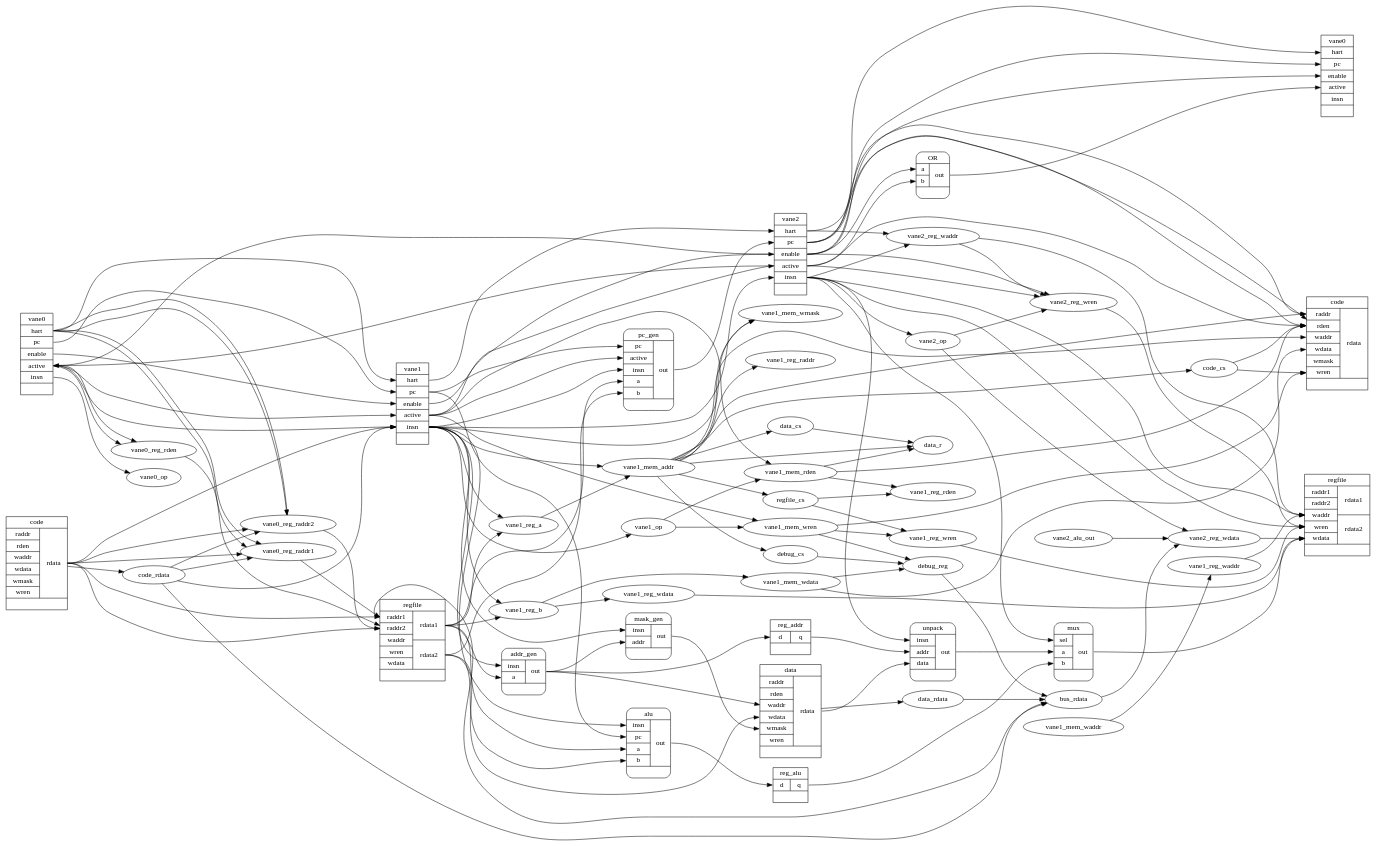
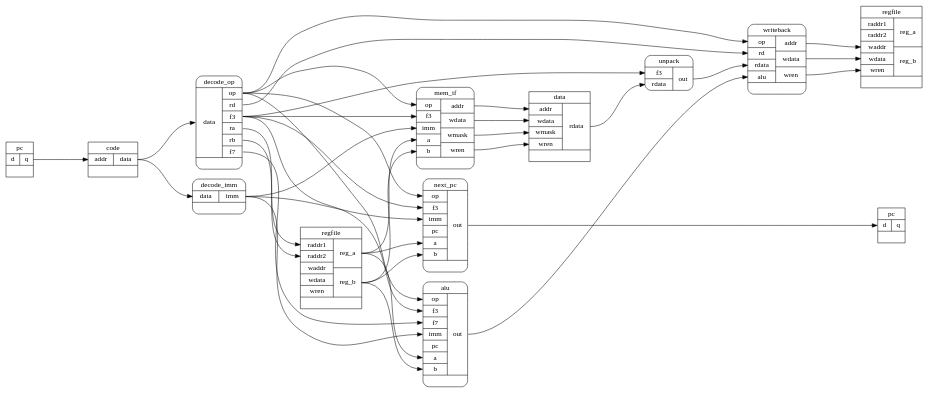
Before and after one commit to aappleby/pinwheel: the diagram in pinwheel_diagram.dot, drawn with Graphviz. The commit also changed 2 other files, not shown here.

Commit message:
graph and code match

```diff
--- a/pinwheel_diagram.dot
+++ b/pinwheel_diagram.dot
@@ -1,259 +1,203 @@
 digraph G {
     rankdir="LR"
-    ranksep=1.2
+    ranksep=1.5
+
+    // Fetch, Decode, Execute, Memory, Write
+
+    pc_l [shape="record" label="<top>pc|{<d>d|<q>q}|"]
+    pc_r [shape="record" label="<top>pc|{<d>d|<q>q}|"]
+    code [shape="record" label="<top>code|{<addr>addr|<data>data}|"]
+    data [shape="record" label="<top>data|{{<addr>addr|<wdata>wdata|<wmask>wmask|<wren>wren}|<rdata>rdata}|"]
+
+    alu      [shape="Mrecord" label="alu|{{<op>op|<f3>f3|<f7>f7|<imm>imm|<pc>pc|<a>a|<b>b}|<out>out}|"]
+    next_pc  [shape="Mrecord" label="<top>next_pc|{ {<op>op|<f3>f3|<imm>imm|<pc>pc|<a>a|<b>b} | <out>out }|"]
+    mem_if   [shape="Mrecord" label="<top>mem_if|{{<op>op|<f3>f3|<imm>imm|<a>a|<b>b}|{<addr>addr|<wdata>wdata|<wmask>wmask|<wren>wren}}|"]
+
+    writeback [shape="Mrecord" label="<top>writeback|{{<op>op|<rd>rd|<rdata>rdata|<alu>alu}|{<addr>addr|<wdata>wdata|<wren>wren}}|"]
+
+    unpack [shape="Mrecord" label="<top>unpack|{{<f3>f3|<rdata>rdata}|{<out>out}}"]
+
+    decode_op [shape="Mrecord" label="<top>decode_op|{{<data>data}|{<op>op|<rd>rd|<f3>f3|<ra>ra|<rb>rb|<f7>f7}}|"]
+
+    decode_imm [shape="Mrecord" label="<top>decode_imm|{{<data>data}|{<imm>imm}}|"]
+
+    regfile_l [shape="record" label="<top>regfile|{{<raddr1>raddr1|<raddr2>raddr2|<waddr>waddr|<wdata>wdata|<wren>wren}|{<reg_a>reg_a|<reg_b>reg_b}}|"];
+    regfile_r [shape="record" label="<top>regfile|{{<raddr1>raddr1|<raddr2>raddr2|<waddr>waddr|<wdata>wdata|<wren>wren}|{<reg_a>reg_a|<reg_b>reg_b}}|"];
 
     rank="same" {
-        vane0
-        code_l
+        regfile_r
+        pc_r
     }
 
     rank="same" {
-        vane1
-        regfile_l
+        decode_op
+        decode_imm
+    }
+
+    code:data -> decode_op:data
+    code:data -> decode_imm:data
+
+
+    pc_l:q -> code:addr
+
+    next_pc:out -> pc_r:d
+
+    decode_op:op -> writeback:op
+    decode_op:op -> next_pc:op
+    decode_op:op -> alu:op
+    decode_op:op -> mem_if:op
+    decode_op:rd -> writeback:rd
+    decode_op:f3 -> mem_if:f3
+    decode_op:f3 -> next_pc:f3
+    decode_op:f3 -> alu:f3
+    decode_op:f3 -> unpack:f3
+    decode_op:ra -> regfile_l:raddr1
+    decode_op:rb -> regfile_l:raddr2
+    decode_op:f7 -> alu:f7
+
+    decode_imm:imm    -> mem_if:imm
+    decode_imm:imm    -> alu:imm
+    decode_imm:imm    -> next_pc:imm
+
+    writeback:addr  -> regfile_r:waddr
+    writeback:wdata -> regfile_r:wdata
+    writeback:wren  -> regfile_r:wren
+
+    mem_if:addr  -> data:addr
+    mem_if:wdata -> data:wdata
+    mem_if:wmask -> data:wmask
+    mem_if:wren  -> data:wren
+
+    data:rdata -> unpack:rdata
+
+    unpack:out -> writeback:rdata
+
+    regfile_l:reg_a -> alu:a
+    regfile_l:reg_b -> alu:b
+
+    regfile_l:reg_a -> mem_if:a
+    regfile_l:reg_b -> mem_if:b
+    regfile_l:reg_a -> next_pc:a
+    regfile_l:reg_b -> next_pc:b
+
+    alu:out -> writeback:alu
+
+
+    /*
+    rank="same" {
+        pc_1
+        code_1
+        insn_1
+        alu_out_1
+        data_1
+        //regfile_1
     }
 
     rank="same" {
-        vane2
-        reg_alu
-        reg_addr
-        data
+        pc_2
+        insn_2
+        //alu_out_2
+        //code_2
+        //data_2
+        regfile_2
     }
 
     rank="same" {
-        vane3
-        regfile_r
-        code_r
-    }
-
-    rank="same" {
-        addr_gen
+        pc_3
+        insn_3
+        alu_out_3
+        code_3
+        data_3
+        //regfile_3
     }
 
     rank="same" {
         alu
-        mask_gen
         pc_gen
+        addr_gen
     }
 
     //----------
 
-    vane0 [shape="record" label="<top>vane0|<hart>hart|<pc>pc|<enable>enable|<active>active|<insn>insn|"]
+    pc_1 [shape="record" label="<top>pc_1|{<d>d|<q>q}|"]
+    pc_2 [shape="record" label="<top>pc_2|{<d>d|<q>q}|"]
+    pc_3 [shape="record" label="<top>pc_3|{<d>d|<q>q}|"]
 
-    vane0:hart   -> vane1:hart
-    vane0:pc     -> vane1:pc
-    vane0:enable -> vane1:enable
-    vane0:active -> vane1:active
+    insn_1 [shape="record" label="<top>insn_1|{<d>d|<q>q}|"]
+    insn_2 [shape="record" label="<top>insn_2|{<d>d|<q>q}|"]
+    insn_3 [shape="record" label="<top>insn_3|{<d>d|<q>q}|"]
+
+    alu_out_1 [shape="record" label="<top>alu_out_1|{<d>d|<q>q}|"]
+    //alu_out_2 [shape="record" label="<top>alu_out_2|{<d>d|<q>q}|"]
+    alu_out_3 [shape="record" label="<top>alu_out_3|{<d>d|<q>q}|"]
+
+    code_1 [shape="record" label="<top>code_1|{<raddr>raddr|<rdata>rdata}|"]
+    //code_2 [shape="record" label="<top>code_2|{<raddr>raddr|<rdata>rdata}|"]
+    code_3 [shape="record" label="<top>code_3|{<raddr>raddr|<rdata>rdata}|"]
+
+    data_1 [shape="record" label="<top>data_1|{{<addr>addr|<wdata>wdata|<wren>wren}|<rdata>rdata}|"]
+    //data_2 [shape="record" label="<top>data_2|{{<addr>addr|<wdata>wdata|<wren>wren}|<rdata>rdata}|"]
+    data_3 [shape="record" label="<top>data_3|{{<addr>addr|<wdata>wdata|<wren>wren}|<rdata>rdata}|"]
+
+    //regfile_1 [shape="record" label="<top>regfile_1|{{<raddr1>raddr1|<raddr2>raddr2|<waddr>waddr|<wdata>wdata|<wren>wren}|{<rdata1>rdata1|<rdata2>rdata2}}|"];
+    regfile_2 [shape="record" label="<top>regfile_2|{{<raddr1>raddr1|<raddr2>raddr2|<waddr>waddr|<wdata>wdata|<wren>wren}|{<rdata1>rdata1|<rdata2>rdata2}}|"];
+    //regfile_3 [shape="record" label="<top>regfile_3|{{<raddr1>raddr1|<raddr2>raddr2|<waddr>waddr|<wdata>wdata|<wren>wren}|{<rdata1>rdata1|<rdata2>rdata2}}|"];
+
+
+    alu      [shape="Mrecord" label="alu|{{<insn>insn|<pc>pc|<a>a|<b>b}|<out>out}|"]
+    pc_gen   [shape="Mrecord" label="<top>pc_gen|{ {<insn>insn|<pc>pc|<a>a|<b>b} | <out>out }|"]
+    addr_gen [shape="Mrecord" label="<top>addr_gen|{{<insn>insn|<a>a|<b>b}|{<addr>addr|<wdata>wdata|<wren>wren}}|"]
+
+    writeback [shape="Mrecord" label="<top>writeback|{{<insn>insn|<alu>alu|<data>data}|{<addr>addr|<wdata>wdata|<wren>wren}}|"]
+
+    decode1 [shape="Mrecord" label="<top>decode|{{<insn>insn}|{<ra>ra|<rb>rb}}|"]
+
+    decode2 [shape="Mrecord" label="<top>decode|{{<insn>insn}|{<alu_op>alu_op|<branch>branch|<mode>mode}}|"]
 
     //----------
 
-    vane1 [shape="record" label="<top>vane1|<hart>hart|<pc>pc|<enable>enable|<active>active|<insn>insn|"]
-
-    vane1:hart   -> vane2:hart
-    vane1:pc     -> alu:pc
-    vane1:pc     -> pc_gen:pc
-    vane1:enable -> vane2:enable
-    vane1:active -> vane2:active
-    vane1:active -> pc_gen:active
-    vane1:insn   -> vane2:insn
-    vane1:insn   -> addr_gen:insn
-    vane1:insn   -> alu:insn
-    vane1:insn   -> pc_gen:insn
+    pc_1:q       -> pc_2:d [label="32"]
+    insn_1:q     -> writeback:insn [label="32"]
+    alu_out_1:q  -> writeback:alu  [label="32"]
+    code_1:rdata -> decode1:insn
+    code_1:rdata -> insn_2:d [label="32"]
+    data_1:rdata -> writeback:data [label="32"]
 
     //----------
 
-    vane2 [shape="record" label="<top>vane2|<hart>hart|<pc>pc|<enable>enable|<active>active|<insn>insn|"]
+    decode1:ra -> regfile_2:raddr1 [label="5"]
+    decode1:rb -> regfile_2:raddr2 [label="5"]
 
-    vane2:hart   -> vane3:hart
-    vane2:pc     -> vane3:pc
-    vane2:pc     -> code_r:addr
-    vane2:insn   -> writeback_mux:sel
-    vane2:insn   -> regfile_r:wren
-    vane2:insn   -> regfile_r:waddr
-    vane2:insn   -> unpack:insn
-    vane2:enable -> vane3:enable
-    vane2:enable -> OR:a
-    vane2:active -> OR:b
-
-    OR [shape="Mrecord" label="OR|{{<a>a|<b>b}|{<out>out}}|"]
-    OR:out -> vane3:active
+    writeback:addr   -> regfile_2:waddr [label="5"]
+    writeback:wdata  -> regfile_2:wdata [label="32"]
+    writeback:wren   -> regfile_2:wren  [label="1"]
 
     //----------
 
-    vane3 [shape="record" label="<top>vane0|<hart>hart|<pc>pc|<enable>enable|<active>active|<insn>insn|"]
+    pc_2:q           -> alu:pc   [label="32"]
+    pc_2:q           -> pc_gen:pc   [label="32"]
+    insn_2:q         -> decode2:insn [label="32"]
+    insn_2:q         -> insn_3:d
+    regfile_2:rdata1 -> alu:a    [label="32"]
+    regfile_2:rdata2 -> alu:b    [label="32"]
+    regfile_2:rdata1 -> pc_gen:a    [label="32"]
+    regfile_2:rdata2 -> pc_gen:b    [label="32"]
+    regfile_2:rdata1 -> addr_gen:a [label="32"]
+    regfile_2:rdata2 -> addr_gen:b [label="32"]
 
     //----------
 
-    addr_gen [shape="Mrecord" label="<top>addr_gen|{{<insn>insn|<a>a}|<out>out}|"]
-    addr_gen:out -> data:addr
-    addr_gen:out -> reg_addr:d
-
-    mask_gen [shape="Mrecord" label="<top>mask_gen|{{<insn>insn|<addr>addr}|<out>out}|"]
-    vane1:insn -> mask_gen:insn
-    addr_gen:out -> mask_gen:addr
-    mask_gen:out -> data:wmask
+    decode2:alu_op   -> alu:insn [label="5"]
+    decode2:branch   -> pc_gen:insn [label="5"]
+    decode2:mode     -> addr_gen:insn  [label="5"]
 
     //----------
 
-    code_l [shape="record" label="<top>code|{{<raddr>raddr|<rden>rden|<waddr>waddr|<wdata>wdata|<wmask>wmask|<wren>wren}|<rdata>rdata}|"]
-    code_r [shape="record" label="<top>code|{{<raddr>raddr|<rden>rden|<waddr>waddr|<wdata>wdata|<wmask>wmask|<wren>wren}|<rdata>rdata}|"]
-    code_l:rdata -> regfile_l:raddr1
-    code_l:rdata -> regfile_l:raddr2
-    code_l:rdata -> vane1:insn
-    vane0:active -> vane0_reg_rden
-
-    code_l:out -> code_rdata
-    data:out -> data_rdata
-
-    code_rdata -> bus_rdata
-    regfile_l:raddr1 -> bus_rdata
-    data_rdata -> bus_rdata
-    debug_reg -> bus_rdata
-
-    vane0:insn -> vane0_op
-    vane1:insn -> vane1_op
-    vane2:insn -> vane2_op
-
-    vane1:insn     -> vane1_reg_a
-    regfile_l:rdata1->vane1_reg_a
-
-    vane1:insn     -> vane1_reg_b
-    regfile_l:rdata1->vane1_reg_b
-
-    vane0:hart   -> vane0_reg_raddr1
-    code_l:rdata -> vane0_reg_raddr1
-    vane0:hart   -> vane0_reg_raddr2
-    code_l:rdata -> vane0_reg_raddr2
-
-    vane1:insn -> vane1_mem_addr
-    vane1_reg_a -> vane1_mem_addr
-
-    vane1:active -> vane1_mem_rden
-    vane1_op     -> vane1_mem_rden
-    vane1:active -> vane1_mem_wren
-    vane1_op     -> vane1_mem_wren
-
-    vane1_reg_b -> vane1_mem_wdata
-    vane1:insn -> vane1_mem_wmask
-    vane1_mem_addr -> vane1_mem_wmask
-
-    vane1_mem_addr -> code_cs
-    vane1_mem_addr -> data_cs
-    vane1_mem_addr -> debug_cs
-    vane1_mem_addr -> regfile_cs
-
-    vane1_mem_addr -> data_r:addr
-    vane1_mem_rden -> data_r:cs
-    data_cs        -> data_r:cs
-
-    vane1_mem_wren  -> debug_reg
-    debug_cs        -> debug_reg
-    vane1_mem_wdata -> debug_reg
-
-    vane0:hart -> vane0_reg_raddr1
-    code_rdata -> vane0_reg_raddr1
-    vane0:hart -> vane0_reg_raddr2
-    code_rdata -> vane0_reg_raddr2
-    vane0:active -> vane0_reg_rden
-
-    vane1_mem_addr -> vane1_reg_raddr
-    vane1_mem_rden -> vane1_reg_rden
-    regfile_cs     -> vane1_reg_rden
-
-    vane0_reg_raddr1 -> regfile_l:raddr1
-    vane0_reg_raddr2 -> regfile_l:raddr2
-    vane0_reg_rden   -> regfile_l:rden
-
-    vane2:hart -> vane2_reg_waddr
-    vane2:insn -> vane2_reg_waddr
-    vane2:enable -> vane2_reg_wren
-    vane2:active -> vane2_reg_wren
-    vane2_reg_waddr -> vane2_reg_wren
-    vane2_op -> vane2_reg_wren
-
-    vane2_op      -> vane2_reg_wdata
-    bus_rdata     -> vane2_reg_wdata
-    vane2_alu_out -> vane2_reg_wdata
-
-    vane1_mem_waddr -> vane1_reg_waddr
-    vane1_mem_wren -> vane1_reg_wren
-    regfile_cs -> vane1_reg_wren
-    vane1_reg_b -> vane1_reg_wdata
-
-    vane2_reg_waddr -> regfile_r:waddr
-    vane2_reg_wdata -> regfile_r:wdata
-    vane2_reg_wren  -> regfile_r:wren
-
-    vane1_reg_waddr -> regfile_r:waddr
-    vane1_reg_wdata -> regfile_r:wdata
-    vane1_reg_wren  -> regfile_r:wren
-
-    vane2:enable -> code_r:rden
-    vane2:active -> code_r:rden
-    vane2:pc     -> code_r:raddr
-
-    vane1_mem_addr -> code_r:raddr
-    vane1_mem_rden -> code_r:rden
-    code_cs        -> code_r:rden
-
-    vane1_mem_addr  -> code_r:waddr
-    vane1_mem_wdata -> code_r:wdata
-    vane1_mem_wren  -> code_r:wren
-    code_cs         -> code_r:wren
-
-    vane2:enable -> vane0:active
-    vane2:active -> vane0:active
-
-    vane0:active -> vane1:insn
-    code_rdata -> vane1:insn
-
-
-
-
-    //----------
-
-    data [shape="record" label="<top>data|{{<raddr>raddr|<rden>rden|<waddr>waddr|<wdata>wdata|<wmask>wmask|<wren>wren}|<rdata>rdata}|"]
-    data:rdata -> unpack:data
-
-    //----------
-
-    regfile_l [shape="record" label="<top>regfile|{{<raddr1>raddr1|<raddr2>raddr2|<waddr>waddr|<wren>wren|<wdata>wdata}|{<rdata1>rdata1|<rdata2>rdata2}}|"]
-    regfile_r [shape="record" label="<top>regfile|{{<raddr1>raddr1|<raddr2>raddr2|<waddr>waddr|<wren>wren|<wdata>wdata}|{<rdata1>rdata1|<rdata2>rdata2}}|"];
-    regfile_l:rdata1 -> addr_gen:a
-    regfile_l:rdata2 -> data:wdata
-    regfile_l:rdata1 -> alu:a
-    regfile_l:rdata2 -> alu:b
-    regfile_l:rdata1 -> pc_gen:a
-    regfile_l:rdata2 -> pc_gen:b
-
-    //----------
-
-    //----------
-
-    reg_addr [shape="record" label="<top>reg_addr|{<d>d|<q>q}|"]
-    reg_addr:q -> unpack:addr
-
-    //----------
-
-    unpack  [shape="Mrecord" label="unpack|{{<insn>insn|<addr>addr|<data>data} | <out>out } |"]
-    unpack:out        -> writeback_mux:a
-
-    //----------
-
-    alu [shape="Mrecord" label="alu|{{<insn>insn|<pc>pc|<a>a|<b>b}|<out>out}|"]
-    alu:out -> reg_alu:d
-
-    //----------
-
-    pc_gen [shape="Mrecord" label="<top>pc_gen|{ {<pc>pc|<active>active|<insn>insn|<a>a|<b>b} | <out>out }|"]
-    pc_gen:out -> vane2:pc
-
-    //----------
-
-    reg_alu [shape="record" label="<top>reg_alu|{<d>d|<q>q}|"]
-    reg_alu:q         -> writeback_mux:b
-
-    //----------
-
-    writeback_mux [shape="Mrecord" label="mux|{{<sel>sel|<a>a|<b>b} | <out>out }|"]
-    writeback_mux:out -> regfile_r:wdata
+    alu:out        -> alu_out_3:d [label="32"]
+    pc_gen:out     -> pc_3:d
+    pc_gen:out     -> code_3:raddr [label="32"]
+    addr_gen:addr  -> data_3:addr  [label="14"]
+    addr_gen:wdata -> data_3:wdata [label="32"]
+    addr_gen:wren  -> data_3:wren  [label="1"]
+    */
 }
```
